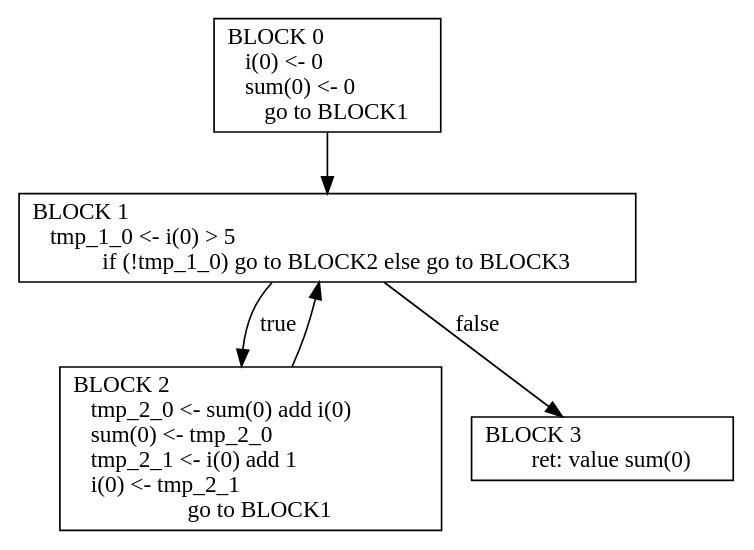
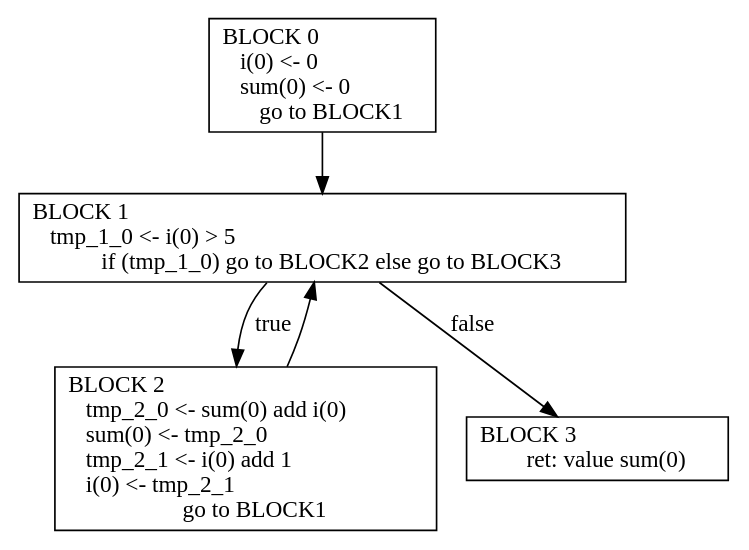
The diagram in lab4/results/example2_cfg.dot (ark2016/generation-of-optimal-code), drawn with Graphviz before and after one commit. The commit also changed 22 other files, not shown here.

```diff
--- a/lab4/results/example2_cfg.dot
+++ b/lab4/results/example2_cfg.dot
@@ -1,11 +1,11 @@
 digraph G{
 node [shape=box nojustify=false]
 0 [label="BLOCK 0\l    i(0) <- 0\l    sum(0) <- 0\l    go to BLOCK1"]
 0 -> 1
-1 [label="BLOCK 1\l    tmp_1_0 <- i(0) > 5\l    if (!tmp_1_0) go to BLOCK2 else go to BLOCK3"]
+1 [label="BLOCK 1\l    tmp_1_0 <- i(0) > 5\l    if (tmp_1_0) go to BLOCK2 else go to BLOCK3"]
 1 -> 2 [label=true]
 1 -> 3 [label=false]
 2 [label="BLOCK 2\l    tmp_2_0 <- sum(0) add i(0)\l    sum(0) <- tmp_2_0\l    tmp_2_1 <- i(0) add 1\l    i(0) <- tmp_2_1\l    go to BLOCK1"]
 2 -> 1
 3 [label="BLOCK 3\l    ret: value sum(0)"]
 }
```
